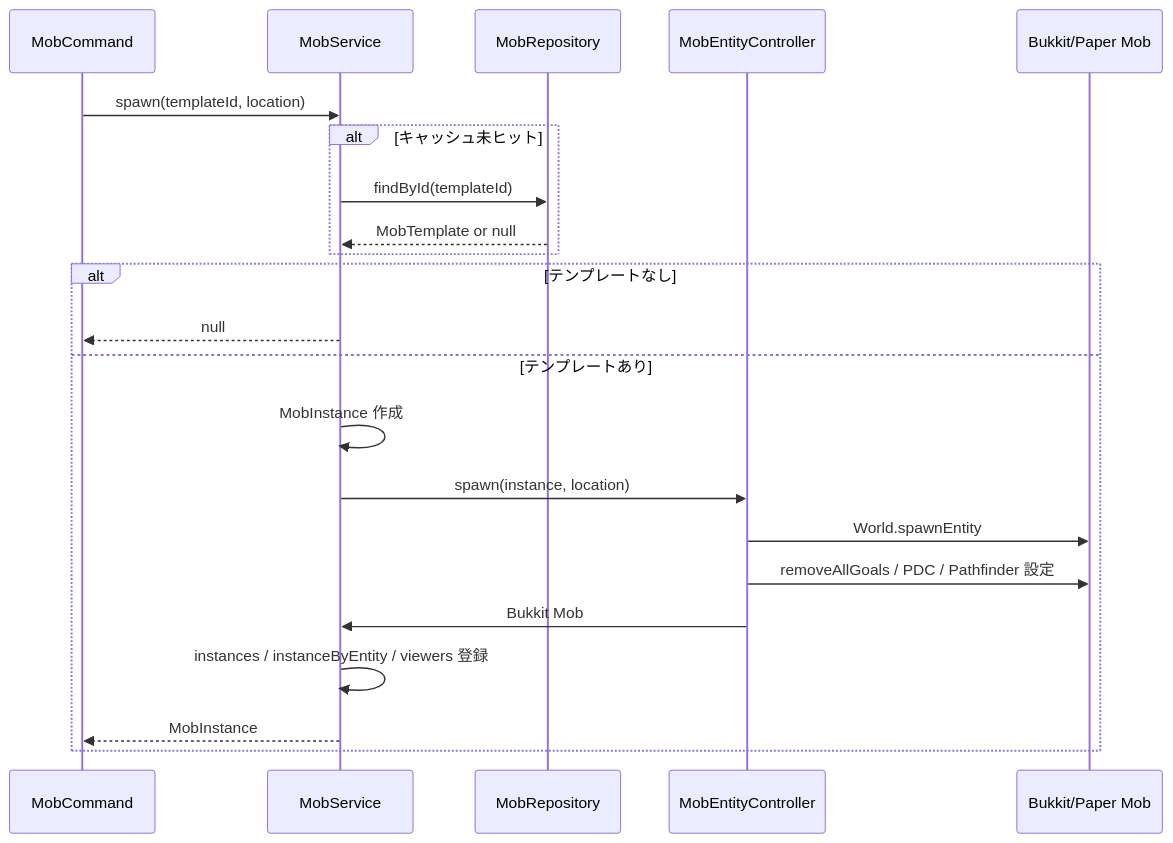
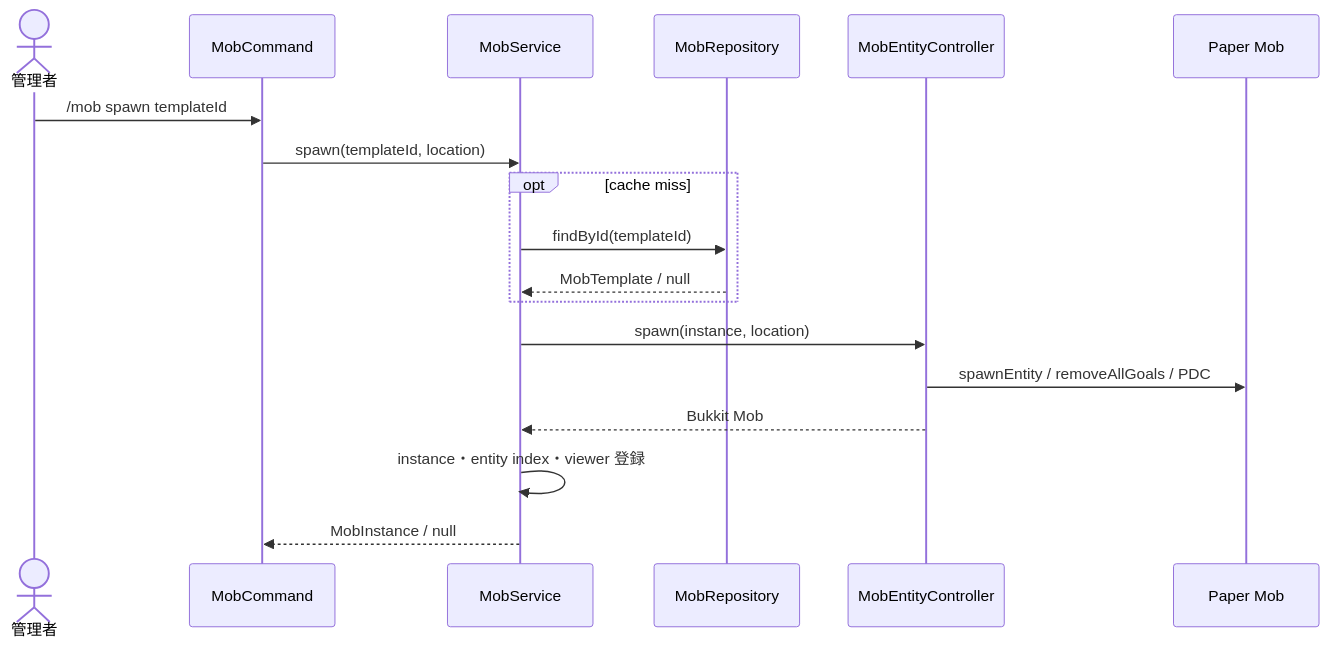
Before and after one commit to maaasu/AstralRecord-Workspace: the first of 7 diagrams in 00_docs/10_Plugin設計書/feature/12-mob/4-統合フロー/12_4.00-統合フロー.md, drawn with Mermaid. The commit also changed other lines of this file and 288 other files, not shown here.

````diff
--- a/00_docs/10_Plugin設計書/feature/12-mob/4-統合フロー/12_4.00-統合フロー.md
+++ b/00_docs/10_Plugin設計書/feature/12-mob/4-統合フロー/12_4.00-統合フロー.md
@@ -5,25 +7,21 @@
 ```mermaid
 sequenceDiagram
-    participant C as MobCommand
-    participant S as MobService
-    participant R as MobRepository
-    participant E as MobEntityController
-    participant B as Bukkit/Paper Mob
+    actor Admin as 管理者
+    participant Command as MobCommand
+    participant Service as MobService
+    participant Repo as MobRepository
+    participant Entity as MobEntityController
+    participant Paper as Paper Mob
 
-    C->>S: spawn(templateId, location)
-    alt キャッシュ未ヒット
-        S->>R: findById(templateId)
-        R-->>S: MobTemplate or null
+    Admin->>Command: /mob spawn templateId
+    Command->>Service: spawn(templateId, location)
+    opt cache miss
+        Service->>Repo: findById(templateId)
+        Repo-->>Service: MobTemplate / null
     end
-    alt テンプレートなし
-        S-->>C: null
-    else テンプレートあり
-        S->>S: MobInstance 作成
-        S->>E: spawn(instance, location)
-        E->>B: World.spawnEntity
-        E->>B: removeAllGoals / PDC / Pathfinder 設定
-        E->>S: Bukkit Mob
-        S->>S: instances / instanceByEntity / viewers 登録
-        S-->>C: MobInstance
-    end
+    Service->>Entity: spawn(instance, location)
+    Entity->>Paper: spawnEntity / removeAllGoals / PDC
+    Entity-->>Service: Bukkit Mob
+    Service->>Service: instance・entity index・viewer 登録
+    Service-->>Command: MobInstance / null
 ```
````
